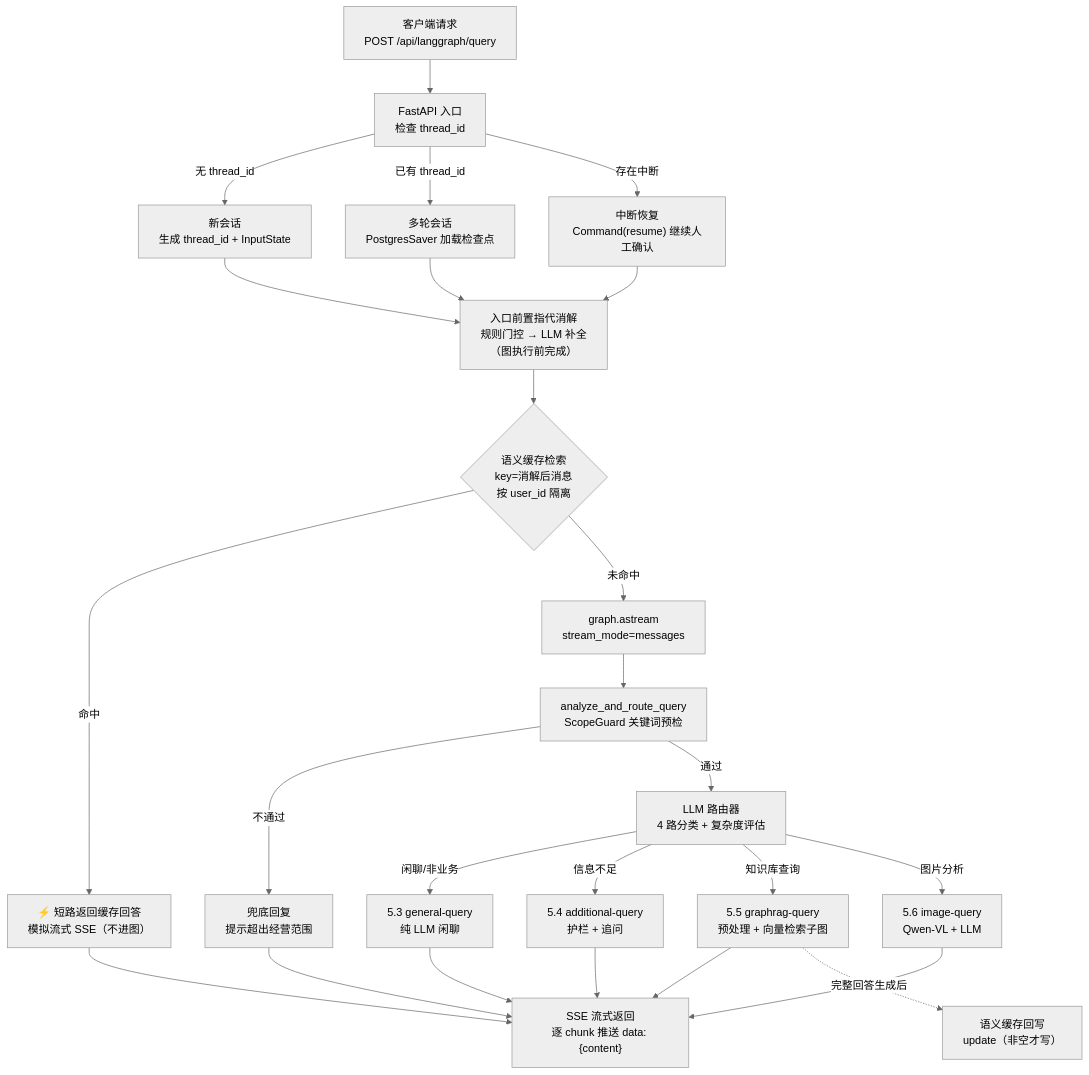
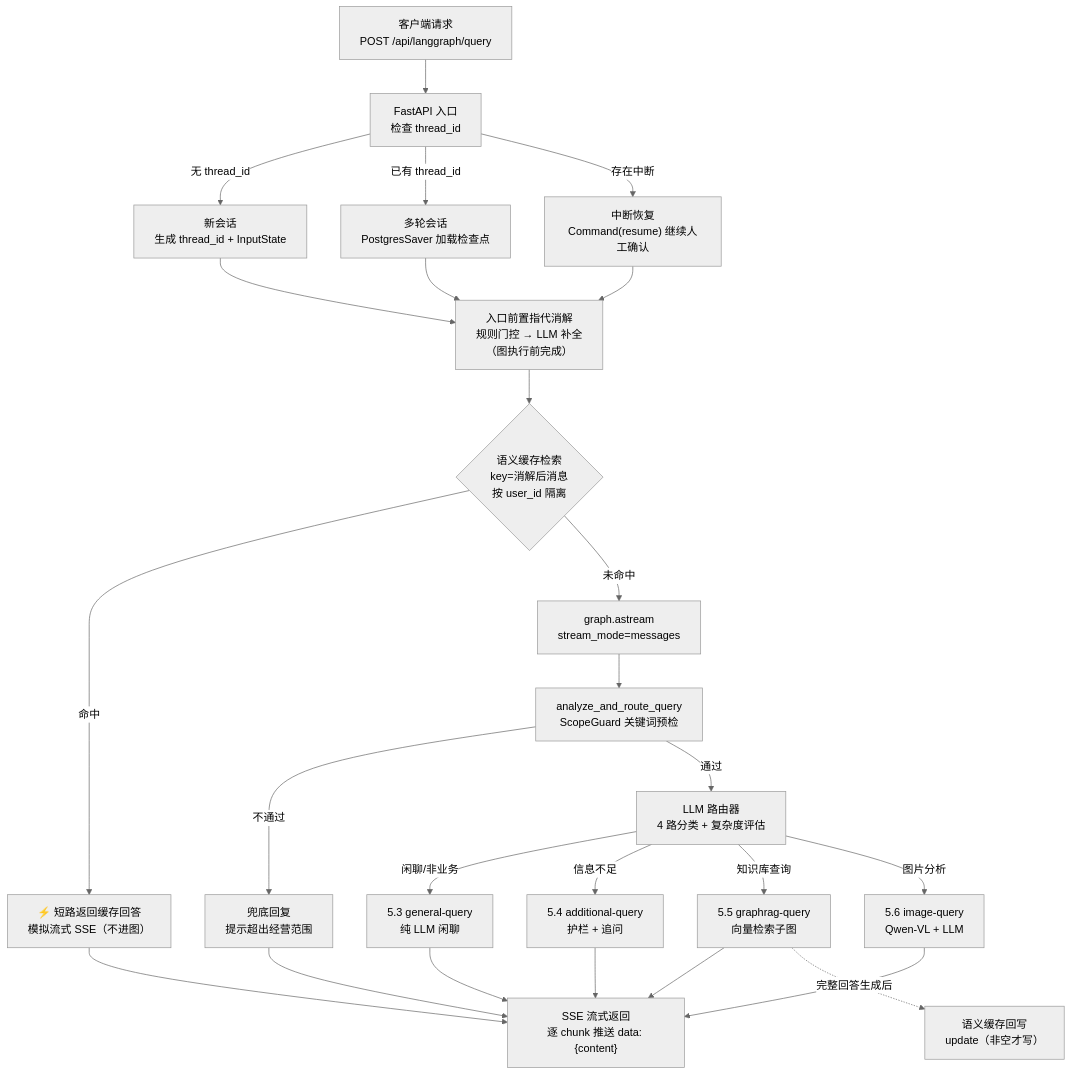
Before and after one commit to blowt16/SmartCS-Agent: the seventh of 14 diagrams in docs/PROJECT_ANALYSIS.md, drawn with Mermaid (neutral theme). The commit also changed other lines of this file and 12 other files, not shown here.

First line of the commit message:
refactor: 移除查询预处理管道（BudgetGuard/纠错/扩展/Multi-Query+HyDE），子图输入直接使用入口消解后的问题

````diff
--- a/docs/PROJECT_ANALYSIS.md
+++ b/docs/PROJECT_ANALYSIS.md
@@ -442,32 +422,32 @@
 ```mermaid
 flowchart TD
     C["客户端请求<br/>POST /api/langgraph/query"]
     C --> API["FastAPI 入口<br/>检查 thread_id"]
     API -->|"无 thread_id"| NEW["新会话<br/>生成 thread_id + InputState"]
     API -->|"已有 thread_id"| CTD["多轮会话<br/>PostgresSaver 加载检查点"]
     API -->|"存在中断"| RSM["中断恢复<br/>Command(resume) 继续人工确认"]
     NEW --> RESOLVE["入口前置指代消解<br/>规则门控 → LLM 补全<br/>（图执行前完成）"]
     CTD --> RESOLVE
     RSM --> RESOLVE
 
     RESOLVE --> CACHE{"语义缓存检索<br/>key=消解后消息<br/>按 user_id 隔离"}
     CACHE -->|"命中"| HIT["⚡ 短路返回缓存回答<br/>模拟流式 SSE（不进图）"]
     CACHE -->|"未命中"| STREAM["graph.astream<br/>stream_mode=messages"]
     HIT --> SSE
 
     STREAM --> SG["analyze_and_route_query<br/>ScopeGuard 关键词预检"]
     SG -->|"不通过"| GQ["兜底回复<br/>提示超出经营范围"]
     SG -->|"通过"| RT["LLM 路由器<br/>4 路分类 + 复杂度评估"]
 
     RT -->|"闲聊/非业务"| GEN["5.3 general-query<br/>纯 LLM 闲聊"]
     RT -->|"信息不足"| ADD["5.4 additional-query<br/>护栏 + 追问"]
-    RT -->|"知识库查询"| KG["5.5 graphrag-query<br/>预处理 + 向量检索子图"]
+    RT -->|"知识库查询"| KG["5.5 graphrag-query<br/>向量检索子图"]
     RT -->|"图片分析"| IMG["5.6 image-query<br/>Qwen-VL + LLM"]
 
     GEN --> SSE["SSE 流式返回<br/>逐 chunk 推送 data: {content}"]
     ADD --> SSE
     KG --> SSE
     IMG --> SSE
     GQ --> SSE
     KG -.->|"完整回答生成后"| WRITEBACK["语义缓存回写<br/>update（非空才写）"]
 ```
````
